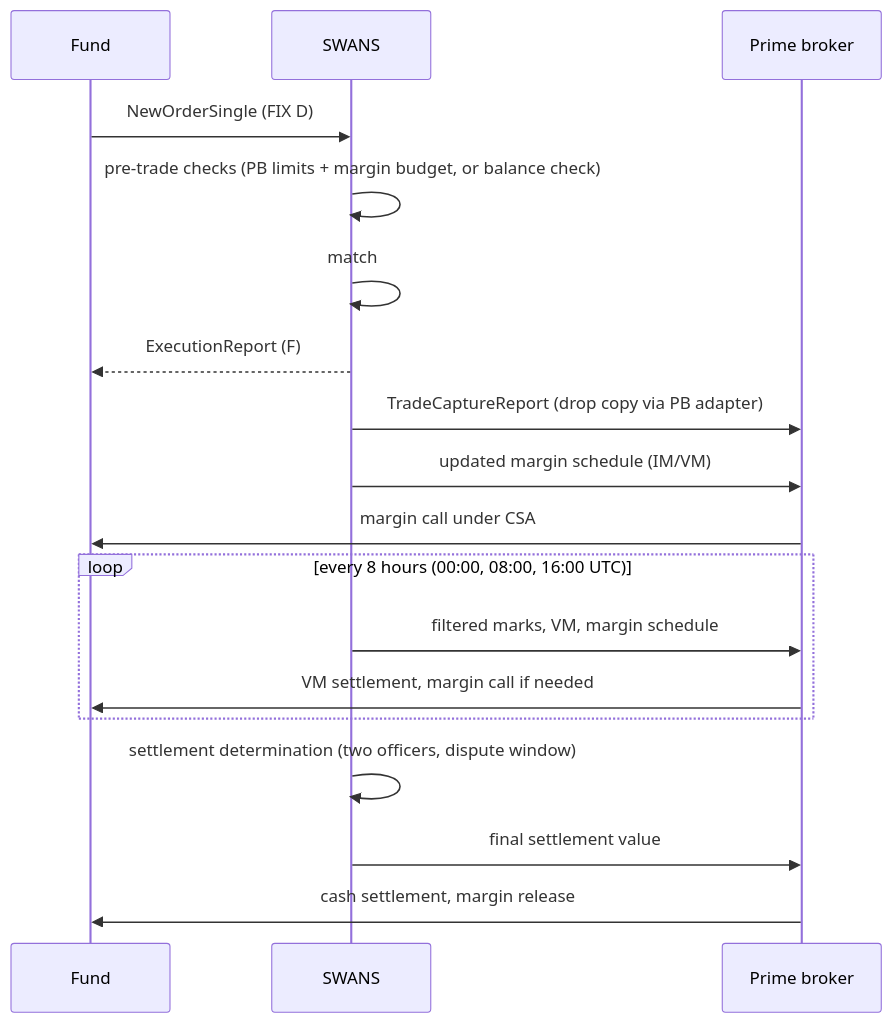
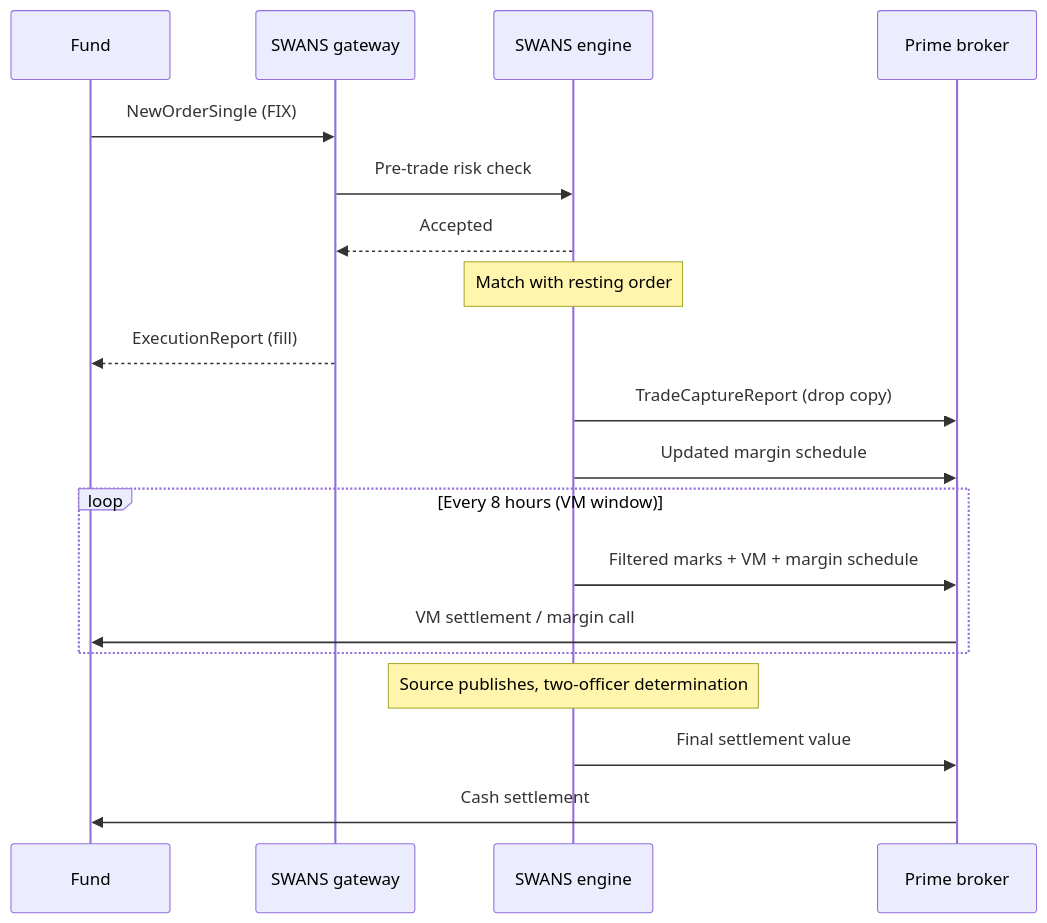
The second of 8 diagrams in docs/diagrams.md (LevonDerma1221/swans-docs), drawn with Mermaid before and after one commit. The commit also changed other lines of this file and 31 other files, not shown here.

````diff
--- a/docs/diagrams.md
+++ b/docs/diagrams.md
@@ -59,20 +35,24 @@
 ```mermaid
 sequenceDiagram
   participant F as Fund
-  participant S as SWANS
+  participant GW as SWANS gateway
+  participant ENG as SWANS engine
   participant P as Prime broker
-  F->>S: NewOrderSingle (FIX D)
-  S->>S: pre-trade checks (PB limits + margin budget, or balance check)
-  S->>S: match
-  S-->>F: ExecutionReport (F)
-  S->>P: TradeCaptureReport (drop copy via PB adapter)
-  S->>P: updated margin schedule (IM/VM)
-  P->>F: margin call under CSA
-  loop every 8 hours (00:00, 08:00, 16:00 UTC)
-    S->>P: filtered marks, VM, margin schedule
-    P->>F: VM settlement, margin call if needed
+
+  F->>GW: NewOrderSingle (FIX)
+  GW->>ENG: Pre-trade risk check
+  ENG-->>GW: Accepted
+  Note over ENG: Match with resting order
+  GW-->>F: ExecutionReport (fill)
+  ENG->>P: TradeCaptureReport (drop copy)
+  ENG->>P: Updated margin schedule
+
+  loop Every 8 hours (VM window)
+    ENG->>P: Filtered marks + VM + margin schedule
+    P->>F: VM settlement / margin call
   end
-  S->>S: settlement determination (two officers, dispute window)
-  S->>P: final settlement value
-  P->>F: cash settlement, margin release
+
+  Note over ENG: Source publishes, two-officer determination
+  ENG->>P: Final settlement value
+  P->>F: Cash settlement
 ```
````
